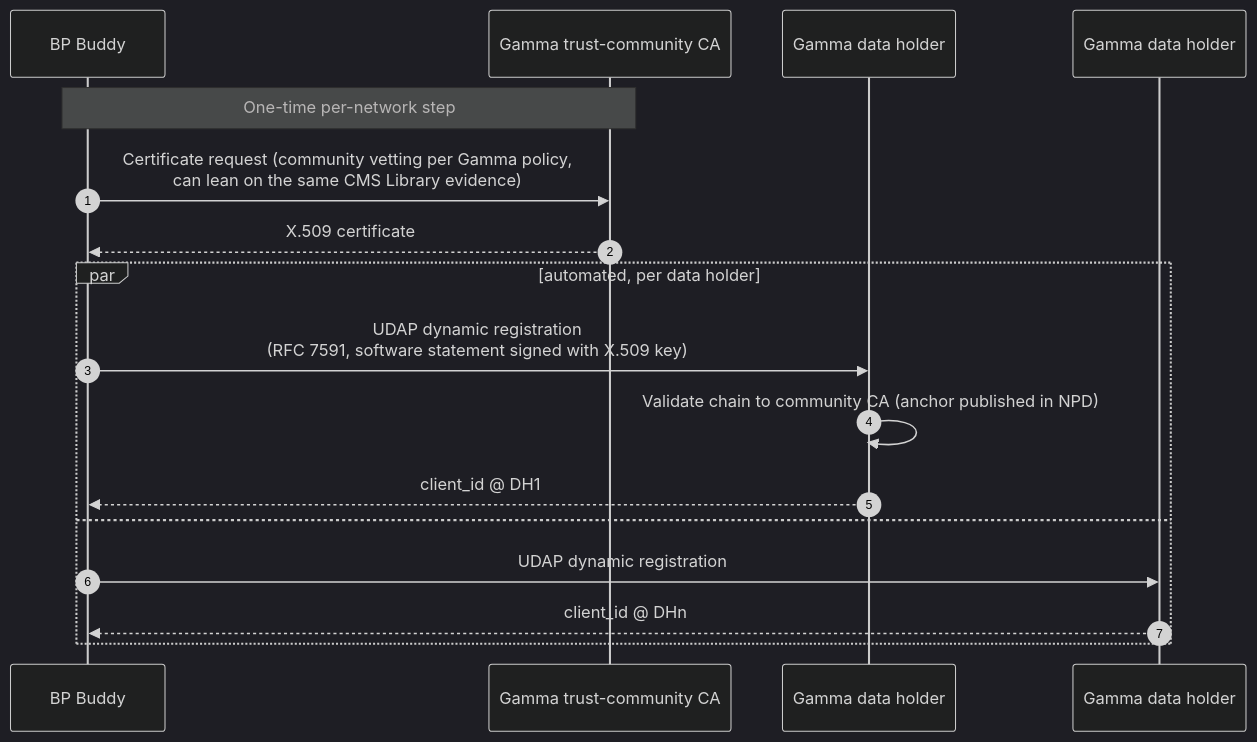
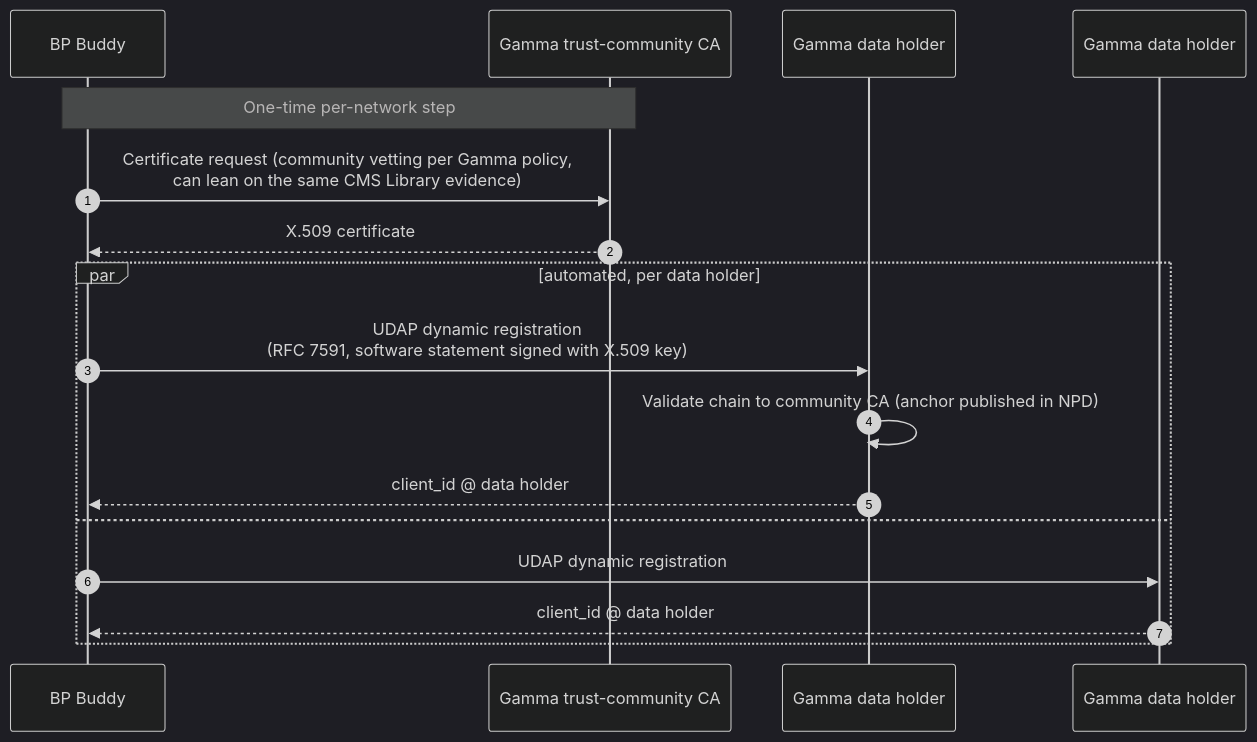
Before and after one commit to jmandel/cms-ns: the fifth of 10 diagrams in app-connectivity-flows.md, drawn with Mermaid (dark theme). The commit also changed other lines of this file and 2 other files, not shown here.

````diff
--- a/app-connectivity-flows.md
+++ b/app-connectivity-flows.md
@@ -119,20 +125,20 @@
 ```mermaid
 sequenceDiagram
     autonumber
     participant App as BP Buddy
     participant CA as Gamma trust-community CA
-    participant DH1 as Gamma data holder #1 AS
-    participant DHn as Gamma data holder #N AS
+    participant DH1 as Gamma data holder #1 auth server
+    participant DHn as Gamma data holder #N auth server
 
     Note over App,CA: One-time per-network step
     App->>CA: Certificate request (community vetting per Gamma policy,<br/>can lean on the same CMS Library evidence)
     CA-->>App: X.509 certificate
     par automated, per data holder
         App->>DH1: UDAP dynamic registration<br/>(RFC 7591, software statement signed with X.509 key)
         DH1->>DH1: Validate chain to community CA (anchor published in NPD)
-        DH1-->>App: client_id @ DH1
+        DH1-->>App: client_id @ data holder #1
     and
         App->>DHn: UDAP dynamic registration
-        DHn-->>App: client_id @ DHn
+        DHn-->>App: client_id @ data holder #N
     end
 ```
````
